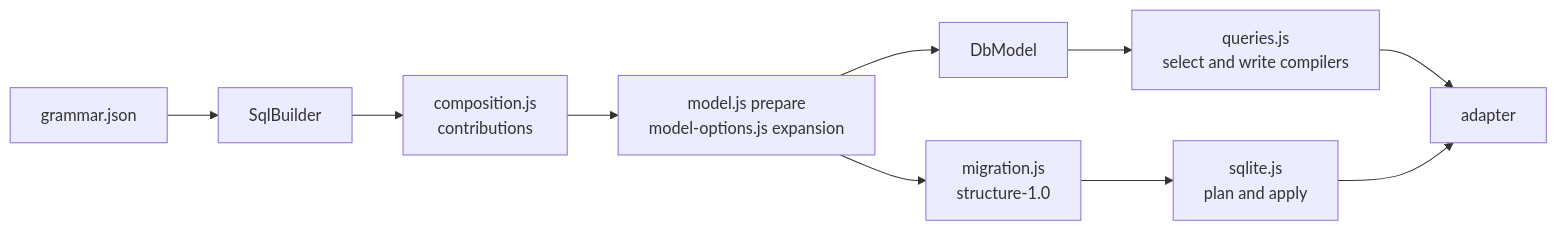
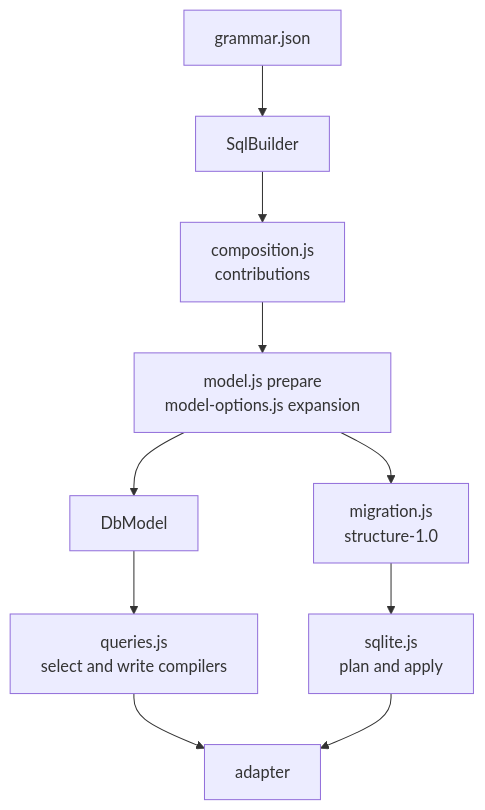
Before and after one commit to asqueel-org/asqueel-js: the diagram in docs/reference/architecture.md, drawn with Mermaid.

Commit message:
docs: lay out the architecture diagram vertically

````diff
--- a/docs/reference/architecture.md
+++ b/docs/reference/architecture.md
@@ -8,12 +8,12 @@
 ```{mermaid}
-flowchart LR
+flowchart TD
     G[grammar.json] --> B[SqlBuilder]
     B --> C[composition.js<br/>contributions]
     C --> P[model.js prepare<br/>model-options.js expansion]
     P --> M[DbModel]
     P --> J[migration.js<br/>structure-1.0]
     J --> S[sqlite.js<br/>plan and apply]
     M --> Q[queries.js<br/>select and write compilers]
     Q --> A[adapter]
     S --> A
 ```
````
